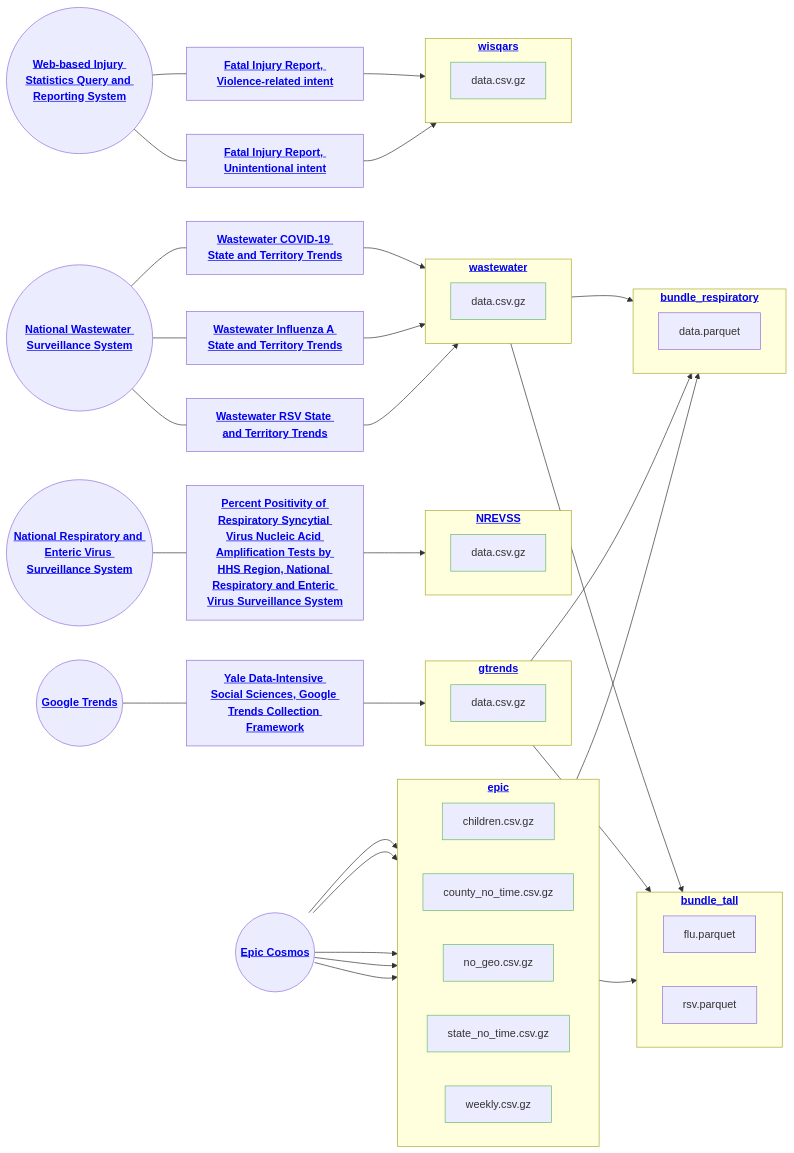
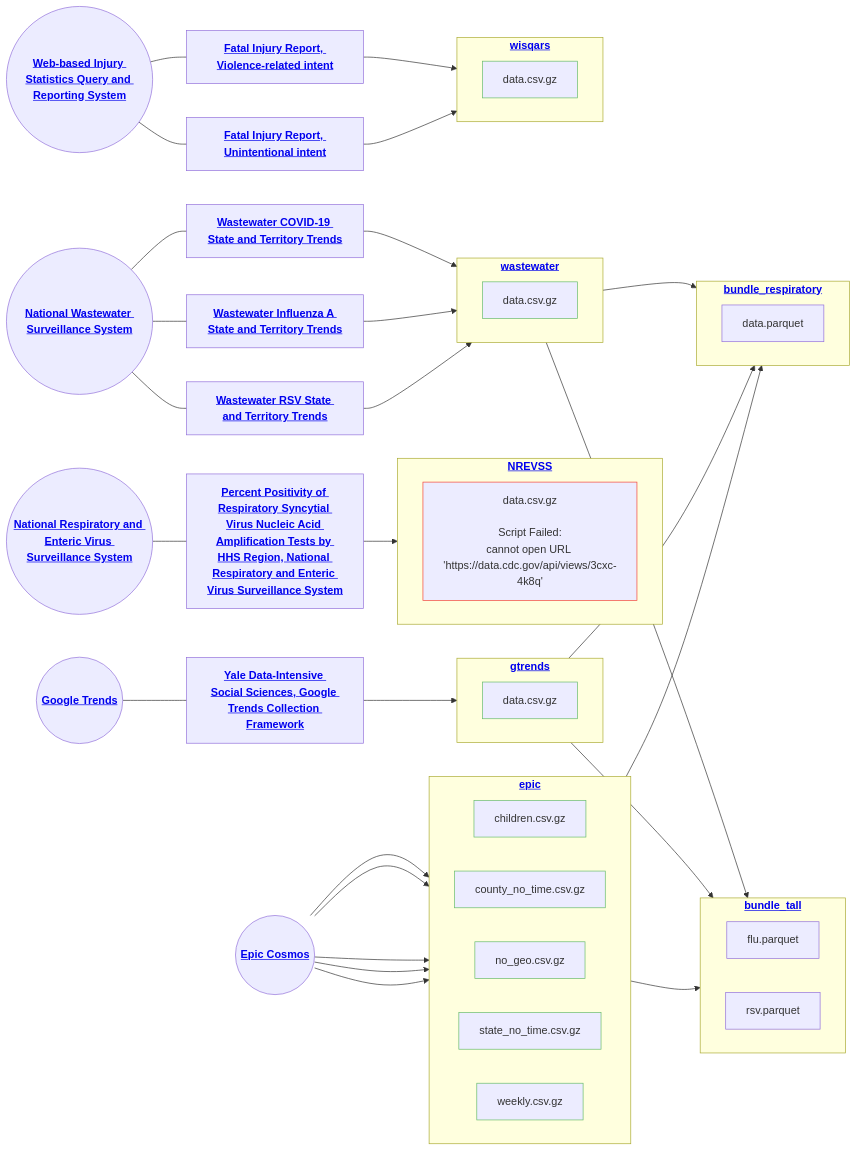
The diagram in status.md (DISSC-yale/pophive_demo), drawn with Mermaid before and after one commit. The commit also changed 15 other files, not shown here.

````diff
--- a/status.md
+++ b/status.md
@@ -1,69 +1,69 @@
 ```mermaid
 flowchart LR
     classDef pass stroke:#66bb6a
     classDef warn stroke:#ffa726
     classDef fail stroke:#f44336
     s0(("<strong><a href="https://cosmos.epic.com" target="_blank" rel="noreferrer">Epic Cosmos</a></strong>"))
     s1(("<strong><a href="https://trends.google.com" target="_blank" rel="noreferrer">Google Trends</a></strong>"))
     s3(("<strong><a href="https://www.cdc.gov/nrevss" target="_blank" rel="noreferrer">National Respiratory and Enteric Virus Surveillance System</a></strong>"))
     s5(("<strong><a href="https://www.cdc.gov/nwss" target="_blank" rel="noreferrer">National Wastewater Surveillance System</a></strong>"))
     s9(("<strong><a href="https://wisqars.cdc.gov/" target="_blank" rel="noreferrer">Web-based Injury Statistics Query and Reporting System</a></strong>"))
     subgraph epic["`<strong><a href="https://github.com/dissc-yale/pophive_demo/tree/main/data/epic" target="_blank" rel="noreferrer">epic</a></strong>`"]
         direction LR
         n1["`children.csv.gz`"]:::pass
         n2["`county_no_time.csv.gz`"]:::pass
         n3["`no_geo.csv.gz`"]:::pass
         n4["`state_no_time.csv.gz`"]:::pass
         n5["`weekly.csv.gz`"]:::pass
     end
     subgraph gtrends["`<strong><a href="https://github.com/dissc-yale/pophive_demo/tree/main/data/gtrends" target="_blank" rel="noreferrer">gtrends</a></strong>`"]
         direction LR
         n6["`data.csv.gz`"]:::pass
     end
     subgraph NREVSS["`<strong><a href="https://github.com/dissc-yale/pophive_demo/tree/main/data/NREVSS" target="_blank" rel="noreferrer">NREVSS</a></strong>`"]
         direction LR
-        n7["`data.csv.gz`"]:::pass
+        n7["`data.csv.gz<br /><br />Script Failed:<br />cannot open URL 'https://data.cdc.gov/api/views/3cxc-4k8q'`"]:::fail
     end
     subgraph wastewater["`<strong><a href="https://github.com/dissc-yale/pophive_demo/tree/main/data/wastewater" target="_blank" rel="noreferrer">wastewater</a></strong>`"]
         direction LR
         n8["`data.csv.gz`"]:::pass
     end
     subgraph wisqars["`<strong><a href="https://github.com/dissc-yale/pophive_demo/tree/main/data/wisqars" target="_blank" rel="noreferrer">wisqars</a></strong>`"]
         direction LR
         n9["`data.csv.gz`"]:::pass
     end
     subgraph bundle_respiratory["`<strong><a href="https://github.com/dissc-yale/pophive_demo/tree/main/data/bundle_respiratory" target="_blank" rel="noreferrer">bundle_respiratory</a></strong>`"]
         direction LR
         n10["`data.parquet`"]
     end
     subgraph bundle_tall["`<strong><a href="https://github.com/dissc-yale/pophive_demo/tree/main/data/bundle_tall" target="_blank" rel="noreferrer">bundle_tall</a></strong>`"]
         direction LR
         n11["`flu.parquet`"]
         n12["`rsv.parquet`"]
     end
     s0 --> n1
     s0 --> n2
     s0 --> n3
     s0 --> n4
     s0 --> n5
     s1---s2["<strong><a href="https://github.com/DISSC-yale/gtrends_collection" target="_blank" rel="noreferrer">Yale Data-Intensive Social Sciences, Google Trends Collection Framework</a></strong>"]
     s2 --> n6
     s3---s4["<strong><a href="https://data.cdc.gov/resource/3cxc-4k8q" target="_blank" rel="noreferrer">Percent Positivity of Respiratory Syncytial Virus Nucleic Acid Amplification Tests by HHS Region, National Respiratory and Enteric Virus Surveillance System</a></strong>"]
     s4 --> n7
     s5---s6["<strong><a href="https://www.cdc.gov/nwss/rv/COVID19-statetrend.html" target="_blank" rel="noreferrer">Wastewater COVID-19 State and Territory Trends</a></strong>"]
     s6 --> n8
     s5---s7["<strong><a href="https://www.cdc.gov/nwss/rv/InfluenzaA-statetrend.html" target="_blank" rel="noreferrer">Wastewater Influenza A State and Territory Trends</a></strong>"]
     s7 --> n8
     s5---s8["<strong><a href="https://www.cdc.gov/nwss/rv/RSV-statetrend.html" target="_blank" rel="noreferrer">Wastewater RSV State and Territory Trends</a></strong>"]
     s8 --> n8
     s9---s10["<strong><a href="https://wisqars.cdc.gov/reports/?o=MORT&i=8&m=20810&s=0&r=0&ry=2&y1=2018&y2=2023&a=ALL&g1=0&g2=199&a1=0&a2=199&r1=MECH&r2=AGEGP&r3=STATE&r4=YEAR&r5=NONE&r6=NONE&g=00&e=0&yp=65&me=0&t=0" target="_blank" rel="noreferrer">Fatal Injury Report, Violence-related intent</a></strong>"]
     s10 --> n9
     s9---s11["<strong><a href="https://wisqars.cdc.gov/reports/?o=MORT&i=1&m=20810&s=0&r=0&ry=2&y1=2018&y2=2023&a=ALL&g1=0&g2=199&a1=0&a2=199&r1=MECH&r2=AGEGP&r3=STATE&r4=YEAR&r5=NONE&r6=NONE&g=00&e=0&yp=65&me=0&t=0" target="_blank" rel="noreferrer">Fatal Injury Report, Unintentional intent</a></strong>"]
     s11 --> n9
     n5 --> bundle_respiratory
     n6 --> bundle_respiratory
     n8 --> bundle_respiratory
     n5 --> bundle_tall
     n6 --> bundle_tall
     n8 --> bundle_tall
 ```
````
